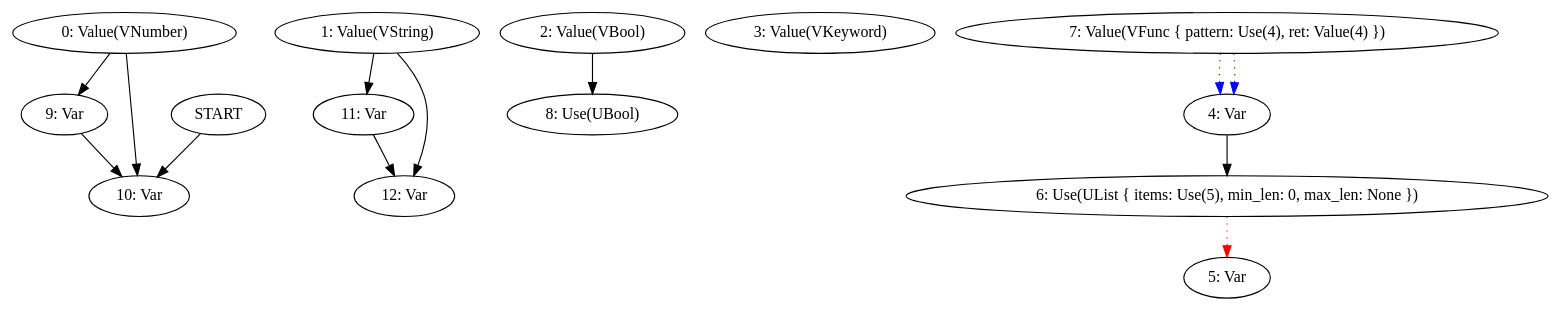
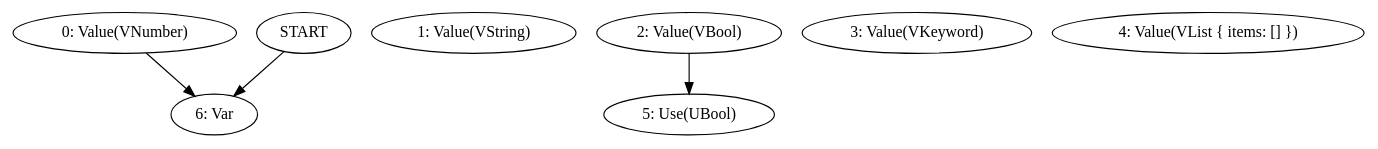
One commit to frondeus/project-s changed the second of 2 diagrams in docs/log/2025-06-16.md. Above: the diagram before and after it, drawn with Graphviz. The commit also changed other lines of this file and 15 other files, not shown here.

````diff
--- a/docs/log/2025-06-16.md
+++ b/docs/log/2025-06-16.md
@@ -60,30 +50,15 @@
 ```graphviz
 digraph G {
 N0 [label="0: Value(VNumber)"];
 N1 [label="1: Value(VString)"];
 N2 [label="2: Value(VBool)"];
 N3 [label="3: Value(VKeyword)"];
-N4 [label="4: Var"];
-N5 [label="5: Var"];
-N6 [label="6: Use(UList { items: Use(5), min_len: 0, max_len: None })"];
-N7 [label="7: Value(VFunc { pattern: Use(4), ret: Value(4) })"];
-N8 [label="8: Use(UBool)"];
-N9 [label="9: Var"];
-N10 [label="10: Var"];
-N11 [label="11: Var"];
-N12 [label="12: Var"];
-START -> N10
-N6 -> N5 [color=red, style=dotted];
-N7 -> N4 [color=blue, style=dotted];
-N7 -> N4 [color=blue, style=dotted];
-N0 -> N9;
-N0 -> N10;
-N1 -> N11;
-N1 -> N12;
-N2 -> N8;
-N4 -> N6;
-N9 -> N10;
-N11 -> N12;
+N4 [label="4: Value(VList { items: [] })"];
+N5 [label="5: Use(UBool)"];
+N6 [label="6: Var"];
+START -> N6
+N0 -> N6;
+N2 -> N5;
 }
 
 ```
````
